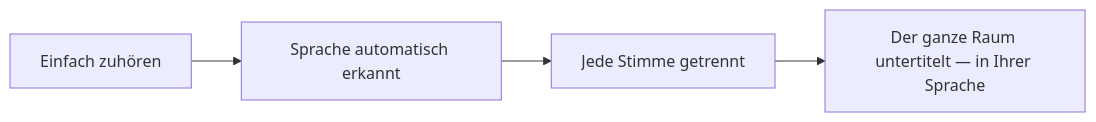
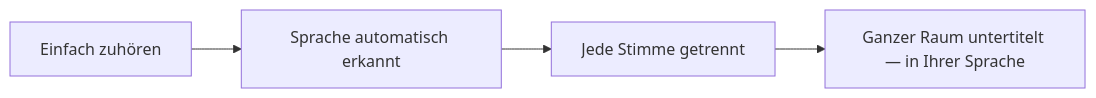
One commit to rpalm01-star/VigilantEarLegal changed the first of 4 diagrams in README_de.md. Above: the diagram before and after it, drawn with Mermaid. The commit also changed other lines of this file and 11 other files, not shown here.

````diff
--- a/README_de.md
+++ b/README_de.md
@@ -52,4 +58,4 @@
 ```mermaid
 graph LR
-    A["Einfach zuhören"] --> B["Sprache automatisch erkannt"] --> C["Jede Stimme getrennt"] --> D["Der ganze Raum untertitelt — in Ihrer Sprache"]
+    A["Einfach zuhören"] --> B["Sprache automatisch erkannt"] --> C["Jede Stimme getrennt"] --> D["Ganzer Raum untertitelt — in Ihrer Sprache"]
 ```
````
